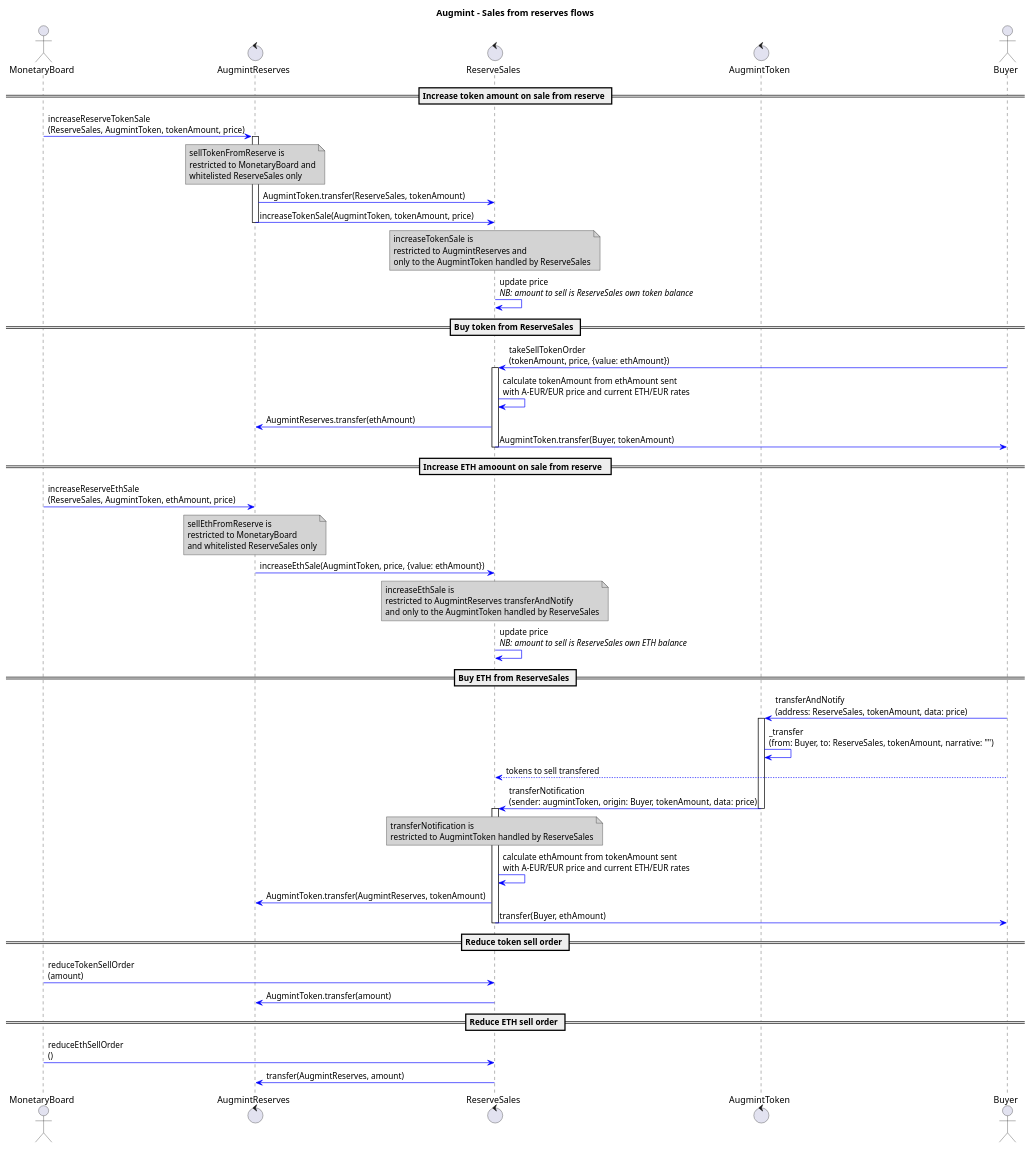
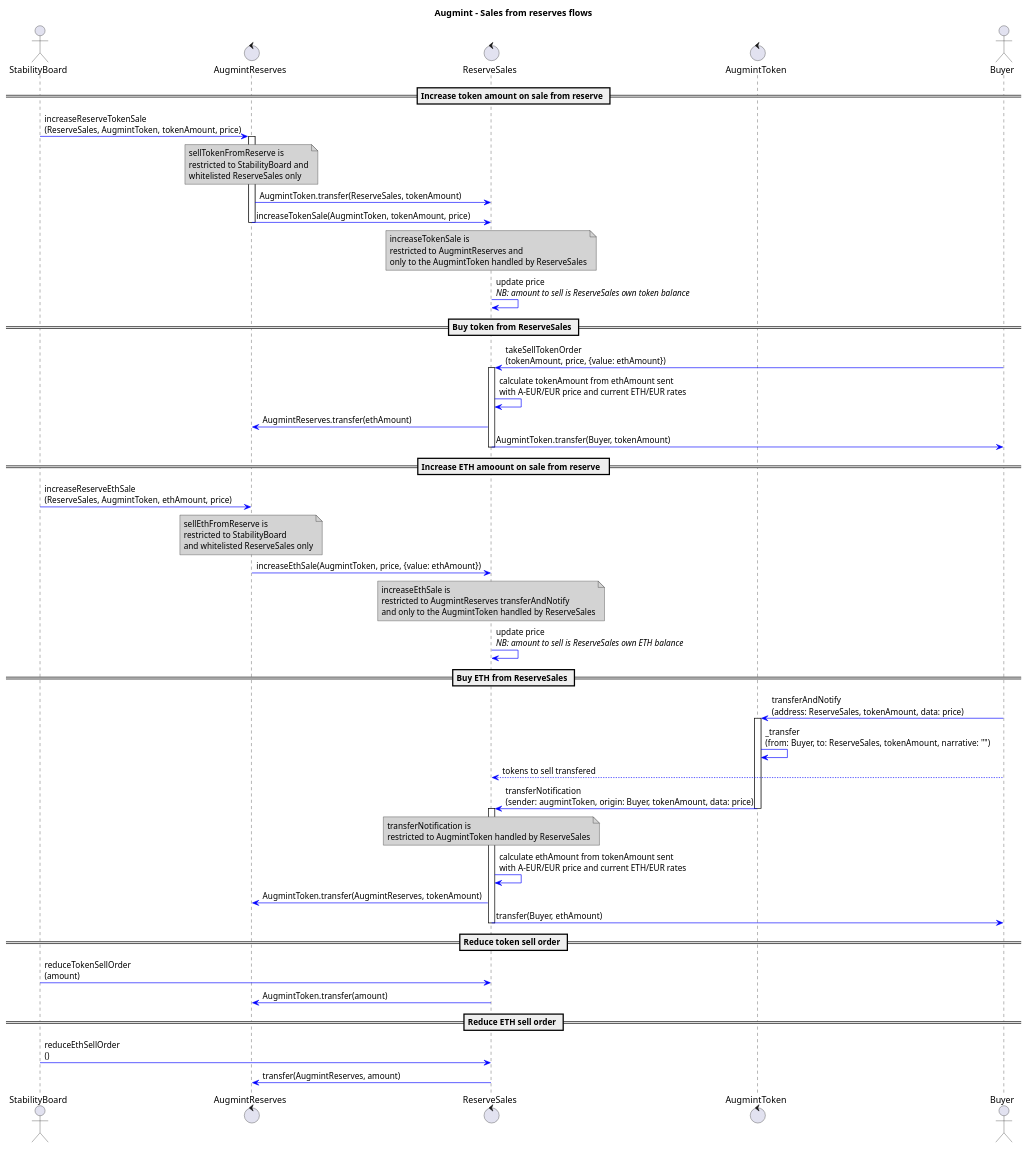
Before and after one commit to Augmint/augmint-contracts: the diagram in docs/reserveSalesFlow.plantuml, drawn with PlantUML. The commit also changed 5 other files, not shown here.

Commit message:
renamed issuedByMonetaryBoard to issuedByStabilityBoard

```diff
--- a/docs/reserveSalesFlow.plantuml
+++ b/docs/reserveSalesFlow.plantuml
@@ -1,84 +1,84 @@
 @startuml
 title **Augmint** - Sales from reserves flows
 skinparam ArrowColor #blue
 skinparam noteBackgroundColor #lightgrey
 
-actor MonetaryBoard
+actor StabilityBoard
 control AugmintReserves
 control ReserveSales
 control AugmintToken
 actor Buyer
 
 == Increase token amount on sale from reserve ==
-MonetaryBoard -> AugmintReserves : increaseReserveTokenSale\n(ReserveSales, AugmintToken, tokenAmount, price)
+StabilityBoard -> AugmintReserves : increaseReserveTokenSale\n(ReserveSales, AugmintToken, tokenAmount, price)
 note over AugmintReserves
     sellTokenFromReserve is
-    restricted to MonetaryBoard and
+    restricted to StabilityBoard and
     whitelisted ReserveSales only
 end note
 
 activate AugmintReserves
     AugmintReserves -> ReserveSales : AugmintToken.transfer(ReserveSales, tokenAmount)
     AugmintReserves -> ReserveSales : increaseTokenSale(AugmintToken, tokenAmount, price)
 deactivate AugmintReserves
 
 note over ReserveSales
     increaseTokenSale is
     restricted to AugmintReserves and
     only to the AugmintToken handled by ReserveSales
 end note
 ReserveSales -> ReserveSales : update price\n//NB: amount to sell is ReserveSales own token balance//
 
 == Buy token from ReserveSales ==
 Buyer -> ReserveSales : takeSellTokenOrder\n(tokenAmount, price, {value: ethAmount})
 activate ReserveSales
     ReserveSales -> ReserveSales : calculate tokenAmount from ethAmount sent\nwith A-EUR/EUR price and current ETH/EUR rates
     ReserveSales -> AugmintReserves : AugmintReserves.transfer(ethAmount)
     ReserveSales -> Buyer : AugmintToken.transfer(Buyer, tokenAmount)
 deactivate ReserveSales
 
 == Increase ETH amoount on sale from reserve  ==
-MonetaryBoard -> AugmintReserves : increaseReserveEthSale\n(ReserveSales, AugmintToken, ethAmount, price)
+StabilityBoard -> AugmintReserves : increaseReserveEthSale\n(ReserveSales, AugmintToken, ethAmount, price)
 note over AugmintReserves
     sellEthFromReserve is
-    restricted to MonetaryBoard
+    restricted to StabilityBoard
     and whitelisted ReserveSales only
 end note
 
 AugmintReserves -> ReserveSales : increaseEthSale(AugmintToken, price, {value: ethAmount})
 
 note over ReserveSales
     increaseEthSale is
     restricted to AugmintReserves transferAndNotify
     and only to the AugmintToken handled by ReserveSales
 end note
 ReserveSales -> ReserveSales : update price\n//NB: amount to sell is ReserveSales own ETH balance//
 
 == Buy ETH from ReserveSales ==
 Buyer -> AugmintToken : transferAndNotify\n(address: ReserveSales, tokenAmount, data: price)
 
 activate AugmintToken
     AugmintToken -> AugmintToken : _transfer\n(from: Buyer, to: ReserveSales, tokenAmount, narrative: "")
     Buyer --> ReserveSales : tokens to sell transfered
     AugmintToken -> ReserveSales : transferNotification\n(sender: augmintToken, origin: Buyer, tokenAmount, data: price)
 deactivate AugmintToken
 
 note over ReserveSales
     transferNotification is
     restricted to AugmintToken handled by ReserveSales
 end note
 activate ReserveSales
     ReserveSales -> ReserveSales : calculate ethAmount from tokenAmount sent\nwith A-EUR/EUR price and current ETH/EUR rates
     ReserveSales -> AugmintReserves : AugmintToken.transfer(AugmintReserves, tokenAmount)
     ReserveSales -> Buyer : transfer(Buyer, ethAmount)
 deactivate ReserveSales
 
 == Reduce token sell order ==
-MonetaryBoard -> ReserveSales : reduceTokenSellOrder\n(amount)
+StabilityBoard -> ReserveSales : reduceTokenSellOrder\n(amount)
 ReserveSales -> AugmintReserves : AugmintToken.transfer(amount)
 
 == Reduce ETH sell order ==
-MonetaryBoard -> ReserveSales : reduceEthSellOrder\n()
+StabilityBoard -> ReserveSales : reduceEthSellOrder\n()
 ReserveSales -> AugmintReserves : transfer(AugmintReserves, amount)
 
 @enduml
```
